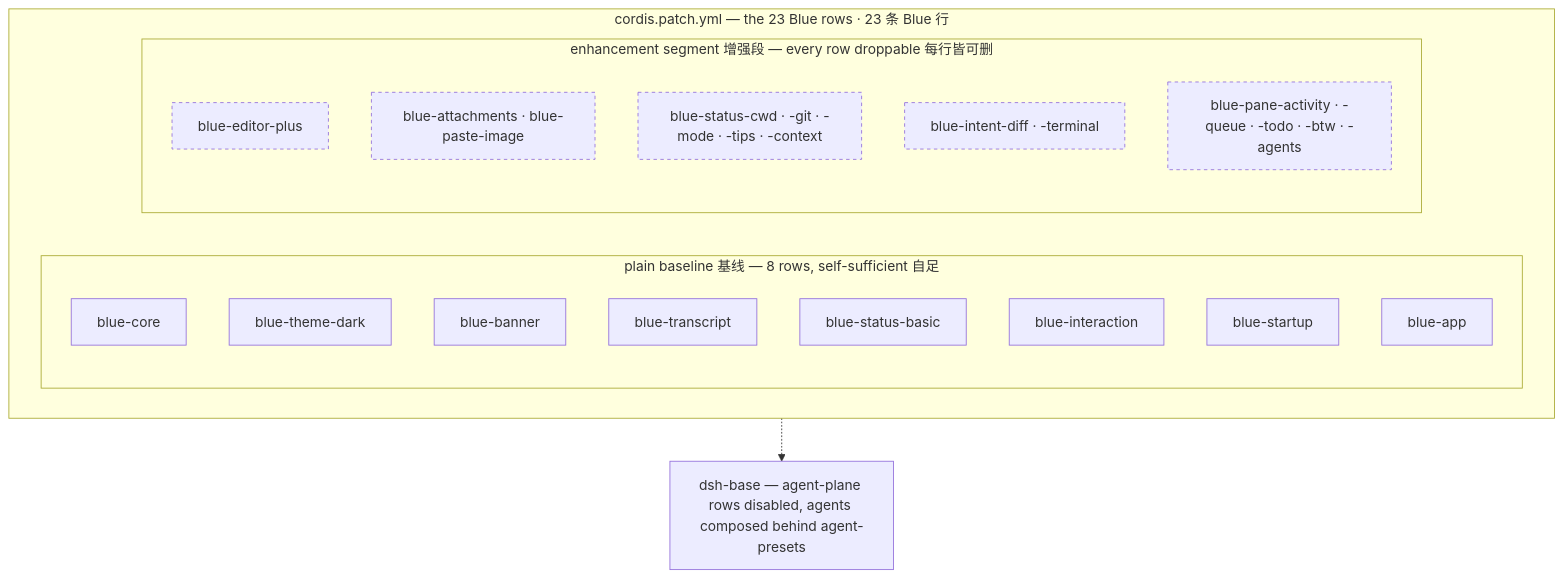
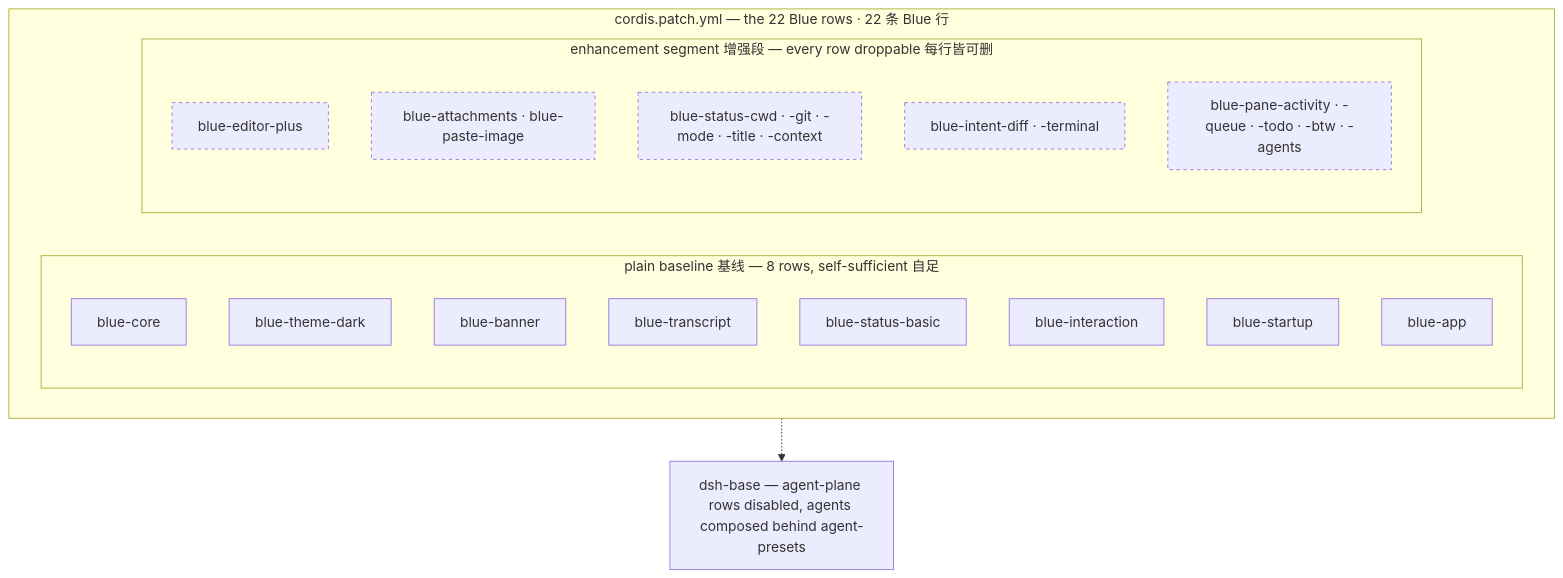
The second of 2 diagrams in README.md (dsh-blue/blue), drawn with Mermaid before and after one commit. The commit also changed 9 other files, not shown here.

First line of the commit message:
docs: sync diagrams and website to the footer tips/title swap

````diff
--- a/README.md
+++ b/README.md
@@ -207,27 +207,27 @@
 ```mermaid
 flowchart TB
-    subgraph bundle["cordis.patch.yml — the 23 Blue rows · 23 条 Blue 行"]
+    subgraph bundle["cordis.patch.yml — the 22 Blue rows · 22 条 Blue 行"]
         subgraph baseline["plain baseline 基线 — 8 rows, self-sufficient 自足"]
             core["blue-core"]
             theme["blue-theme-dark"]
             banner["blue-banner"]
             transcript["blue-transcript"]
             sbasic["blue-status-basic"]
             interaction["blue-interaction"]
             startup["blue-startup"]
             bapp["blue-app"]
         end
         subgraph enhancement["enhancement segment 增强段 — every row droppable 每行皆可删"]
             editorPlus["blue-editor-plus"]
             att["blue-attachments · blue-paste-image"]
-            statusEnh["blue-status-cwd · -git · -mode · -tips · -context"]
+            statusEnh["blue-status-cwd · -git · -mode · -title · -context"]
             intents["blue-intent-diff · -terminal"]
             panes["blue-pane-activity · -queue · -todo · -btw · -agents"]
         end
     end
     dshbase["dsh-base — agent-plane rows disabled, agents composed behind agent-presets"]
     bundle -.-> dshbase
 
     classDef optional stroke-dasharray: 4 4;
     class editorPlus,att,statusEnh,intents,panes optional;
 ```
````
